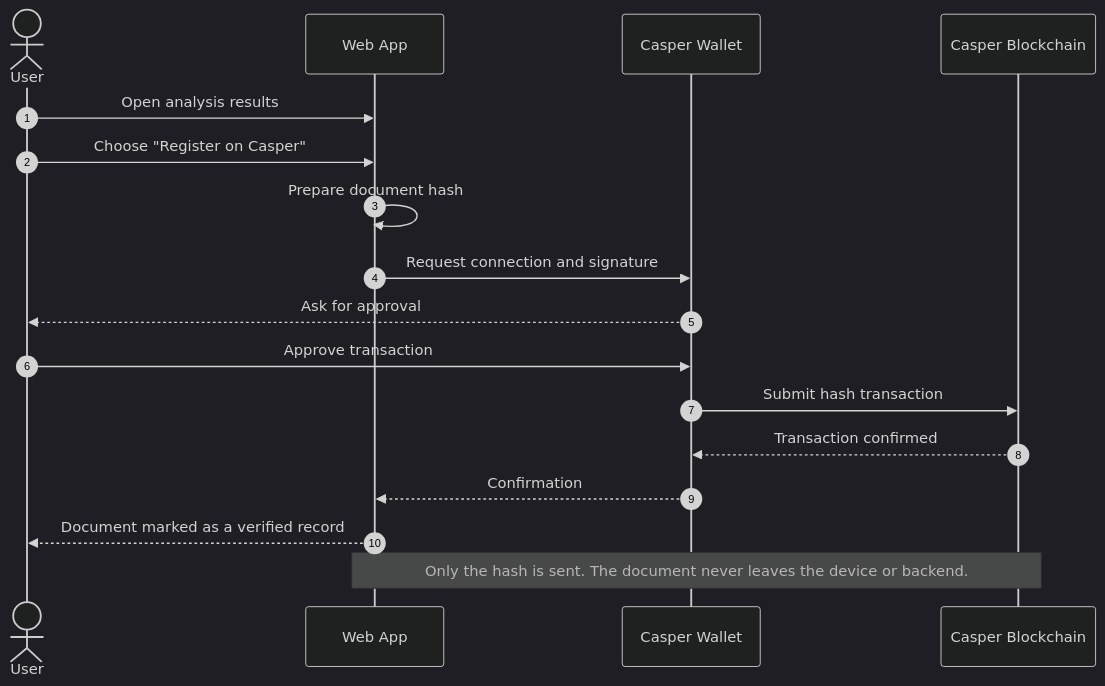
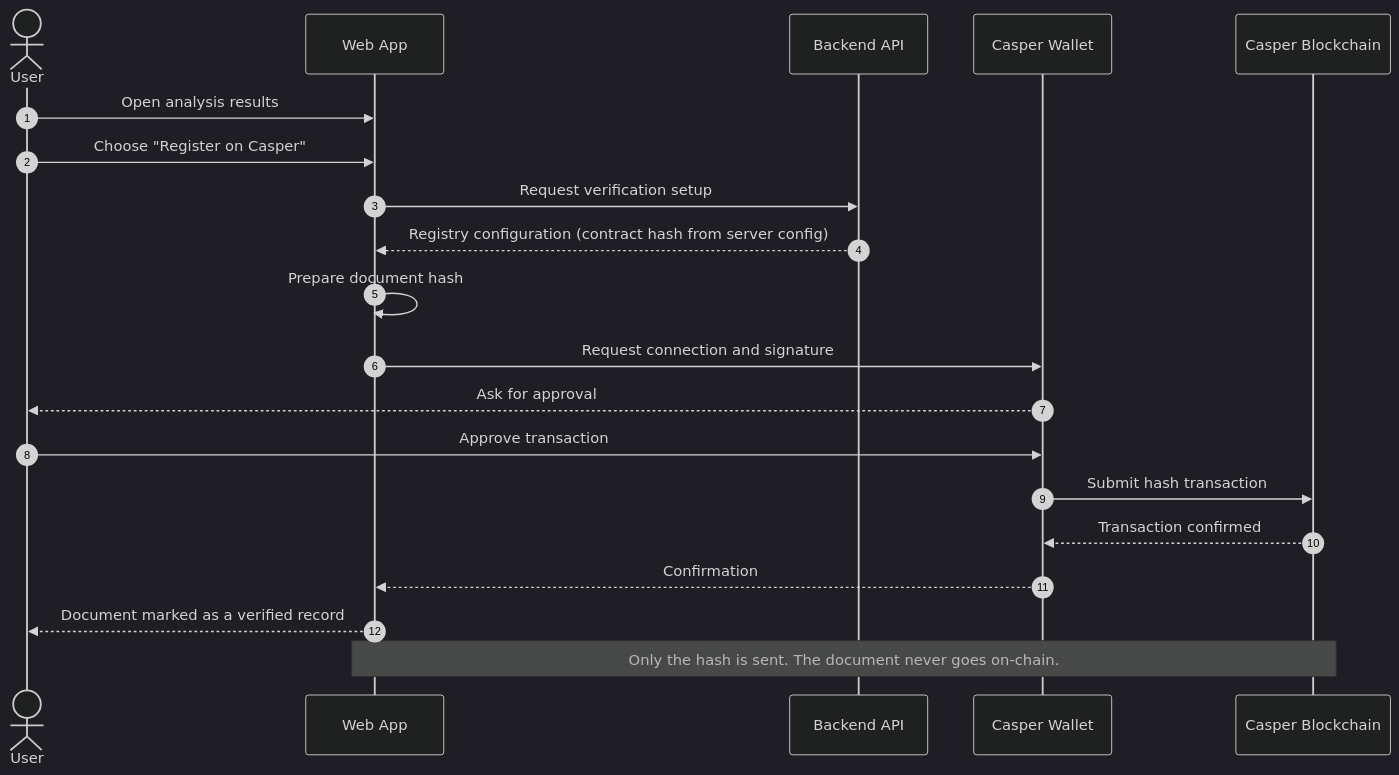
Before and after one commit to Hajrajadoon/LexProof-AI: the fifth of 8 diagrams in README.md, drawn with Mermaid (dark theme). The commit also changed other lines of this file, not shown here.

````diff
--- a/README.md
+++ b/README.md
@@ -210,20 +292,23 @@
 ```mermaid
 sequenceDiagram
     autonumber
     actor User
     participant UI as Web App
+    participant API as Backend API
     participant W as Casper Wallet
     participant C as Casper Blockchain
 
     User->>UI: Open analysis results
     User->>UI: Choose "Register on Casper"
+    UI->>API: Request verification setup
+    API-->>UI: Registry configuration (contract hash from server config)
     UI->>UI: Prepare document hash
     UI->>W: Request connection and signature
     W-->>User: Ask for approval
     User->>W: Approve transaction
     W->>C: Submit hash transaction
     C-->>W: Transaction confirmed
     W-->>UI: Confirmation
     UI-->>User: Document marked as a verified record
-    Note over UI,C: Only the hash is sent. The document never leaves the device or backend.
+    Note over UI,C: Only the hash is sent. The document never goes on-chain.
 ```
````
